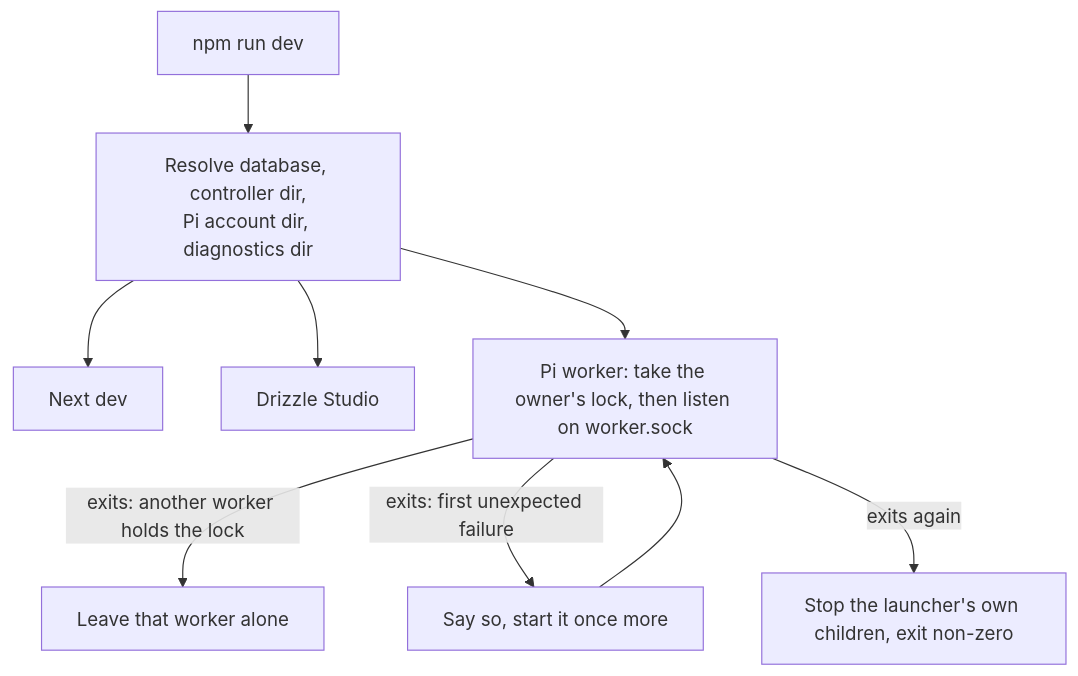
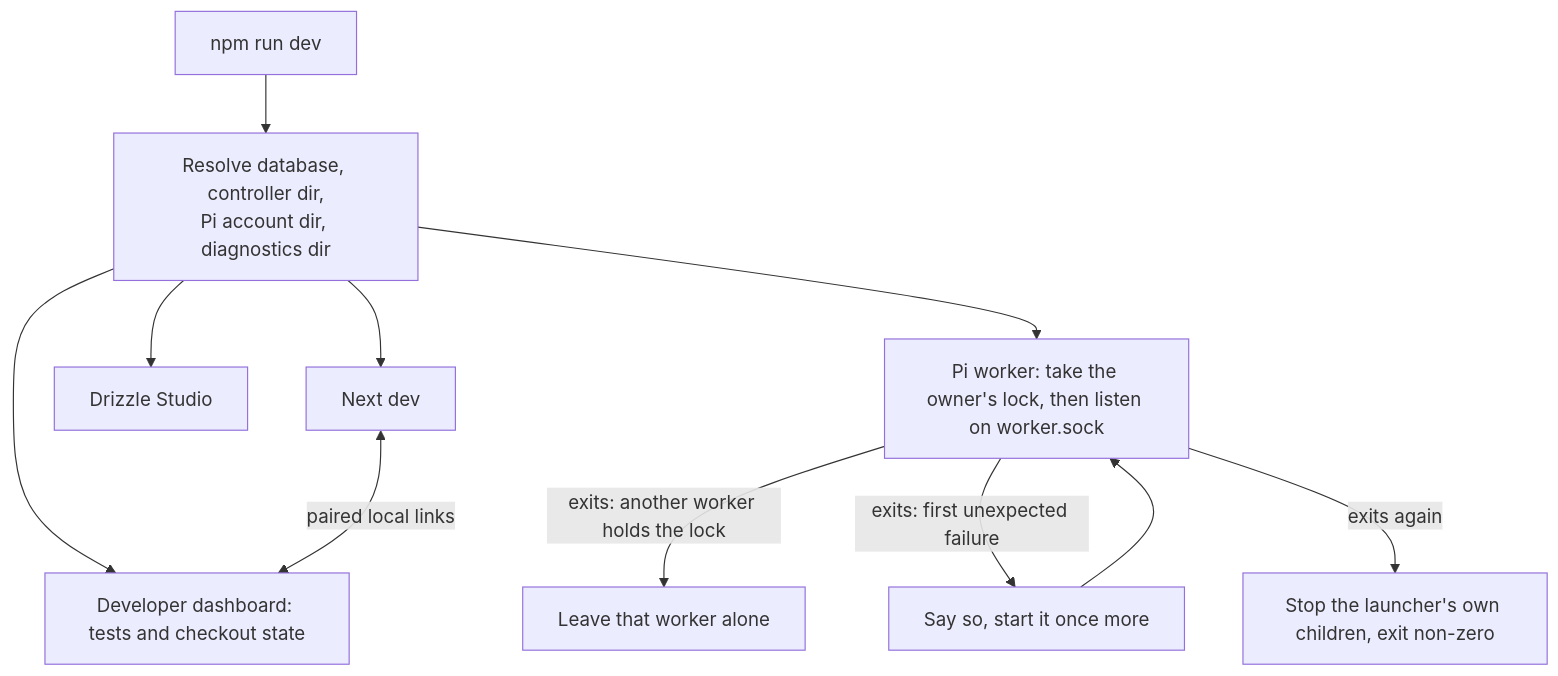
Before and after one commit to lustoykov/hallvi: the first of 2 diagrams in docs/architecture/development-start.md, drawn with Mermaid. The commit also changed other lines of this file and 11 other files, not shown here.

Commit message:
Start paired developer dashboard with app in dev

````diff
--- a/docs/architecture/development-start.md
+++ b/docs/architecture/development-start.md
@@ -8,11 +10,13 @@
 ```mermaid
 flowchart TD
   A[npm run dev] --> B[Resolve database, controller dir,<br/>Pi account dir, diagnostics dir]
   B --> C[Next dev]
   B --> D[Drizzle Studio]
+  B --> I[Developer dashboard: tests and checkout state]
+  C <-->|paired local links| I
   B --> E[Pi worker: take the owner's lock, then listen on worker.sock]
   E -->|exits: another worker holds the lock| F[Leave that worker alone]
   E -->|exits: first unexpected failure| G[Say so, start it once more]
   E -->|exits again| H[Stop the launcher's own children, exit non-zero]
   G --> E
 ```
````
